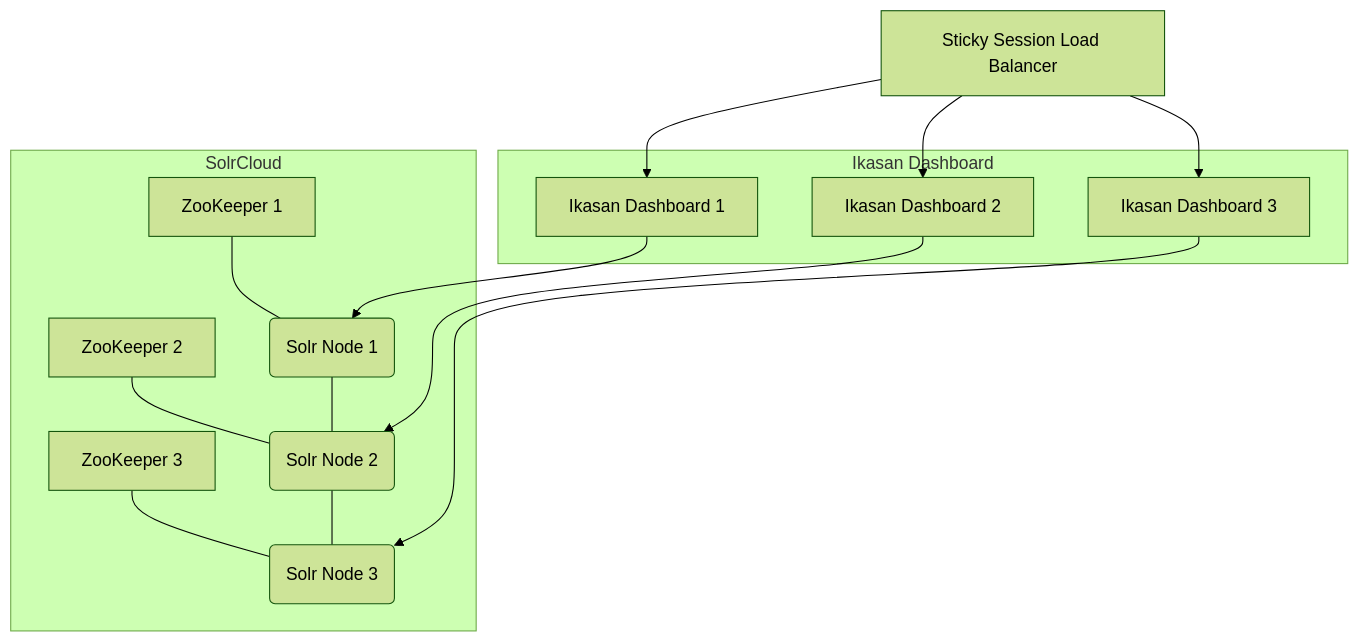
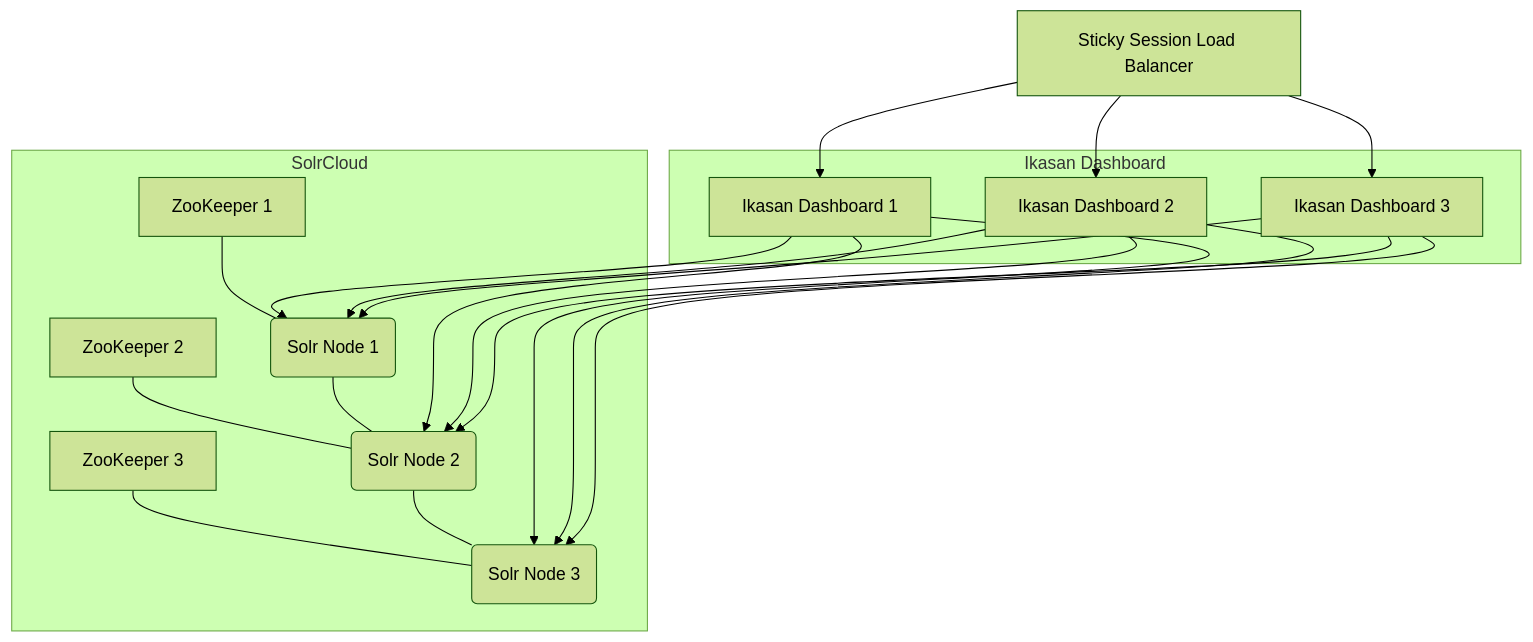
One commit to ikasanEIP/ikasan changed the first of 2 diagrams in ikasaneip/developer/docs/roadmap/Readme.md. Above: the diagram before and after it, drawn with Mermaid (forest theme).

Commit message:
IKASAN-2597 more links to SOLR

````diff
--- a/ikasaneip/developer/docs/roadmap/Readme.md
+++ b/ikasaneip/developer/docs/roadmap/Readme.md
@@ -196,19 +196,25 @@
     ```mermaid
     graph TD
         subgraph SolrCloud
             Z1[ZooKeeper 1] --- S1(Solr Node 1)
             Z2[ZooKeeper 2] --- S2(Solr Node 2)
             Z3[ZooKeeper 3] --- S3(Solr Node 3)
             S1 --- S2
             S2 --- S3
         end
         subgraph Ikasan Dashboard
             ID1[Ikasan Dashboard 1] --> S1
-            ID2[Ikasan Dashboard 2] --> S2
-            ID3[Ikasan Dashboard 3] --> S3
+            ID1 --> S2
+            ID1 --> S3
+            ID2[Ikasan Dashboard 2] --> S1
+            ID2 --> S2
+            ID2 --> S3
+            ID3[Ikasan Dashboard 3] --> S1
+            ID3 --> S2
+            ID3 --> S3
         end
         LB[Sticky Session Load Balancer]
         LB --> ID1
         LB --> ID2
         LB --> ID3
     ```
````
